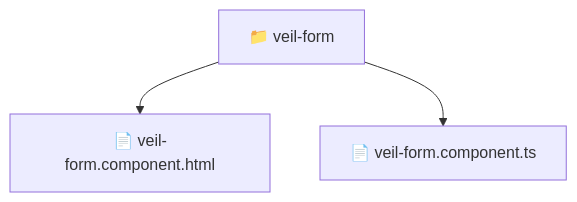
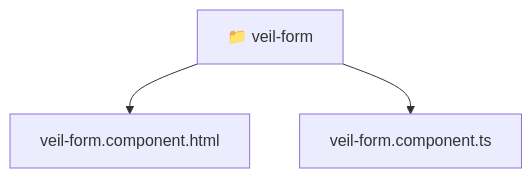
Before and after one commit to beginwebdev2002/fullstack-mavluda: the diagram in frontend/src/pages/veil/ui/veil-form/README.md, drawn with Mermaid. The commit also changed other lines of this file and 167 other files, not shown here.

````diff
--- a/frontend/src/pages/veil/ui/veil-form/README.md
+++ b/frontend/src/pages/veil/ui/veil-form/README.md
@@ -11,6 +11,8 @@
 ```mermaid
 graph TD
-  Root["📁 veil-form"]
-  Root --> veil_form_component_html["📄 veil-form.component.html"]
-  Root --> veil_form_component_ts["📄 veil-form.component.ts"]
+  Root_veil_form["📁 veil-form"]
+  f_veil_form_component_html["veil-form.component.html"]
+  Root_veil_form --> f_veil_form_component_html
+  f_veil_form_component_ts["veil-form.component.ts"]
+  Root_veil_form --> f_veil_form_component_ts
 ```
````
